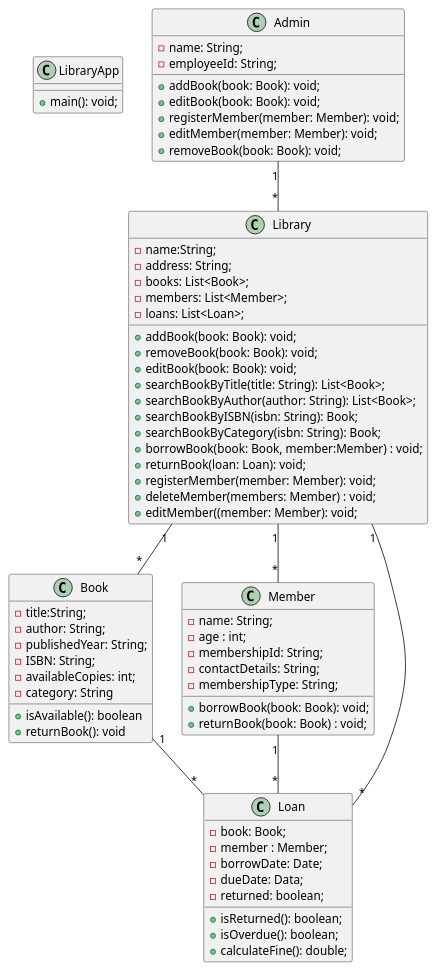
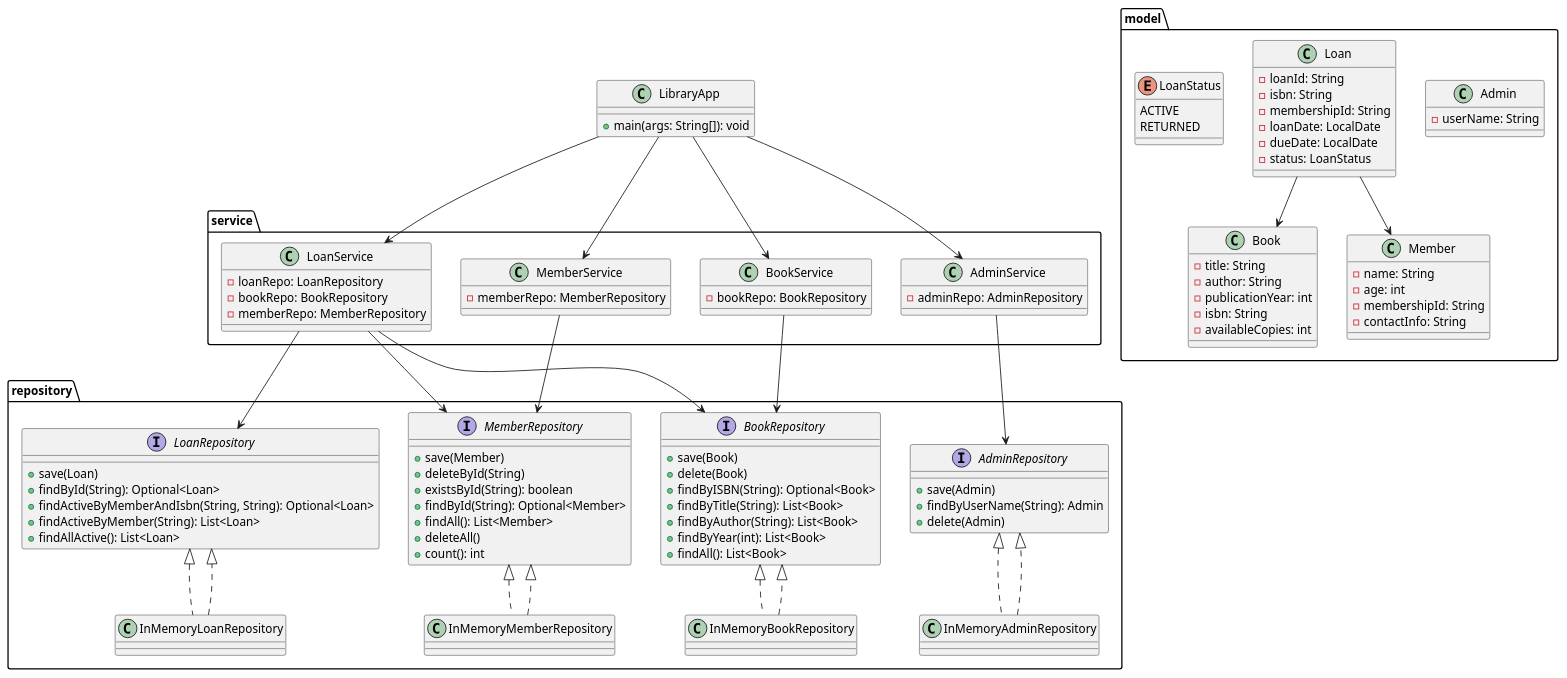
Before and after one commit to Ira-16/Bibliotheeksysteem_GROUP_3: the diagram in src/main/java/com/library/LibraryUML.puml, drawn with PlantUML. The commit also changed 3 other files, not shown here.

```diff
--- a/src/main/java/com/library/LibraryUML.puml
+++ b/src/main/java/com/library/LibraryUML.puml
@@ -1,92 +1,126 @@
 @startuml
 'https://plantuml.com/class-diagram
 
-class LibraryApp{
-    + main(): void;
+package model {
+    class Admin {
+        - userName: String
+    }
+
+    class Book {
+        - title: String
+        - author: String
+        - publicationYear: int
+        - isbn: String
+        - availableCopies: int
+    }
+
+    class Member {
+        - name: String
+        - age: int
+        - membershipId: String
+        - contactInfo: String
+    }
+
+    class Loan {
+        - loanId: String
+        - isbn: String
+        - membershipId: String
+        - loanDate: LocalDate
+        - dueDate: LocalDate
+        - status: LoanStatus
+    }
+
+    enum LoanStatus {
+        ACTIVE
+        RETURNED
+    }
 }
 
-class Library
-{
-    - name:String;
-    - address: String;
-    - books: List<Book>;
-    - members: List<Member>;
-    - loans: List<Loan>;
+package repository {
+    interface AdminRepository {
+        + save(Admin)
+        + findByUserName(String): Admin
+        + delete(Admin)
+    }
 
-    + addBook(book: Book): void;
-    + removeBook(book: Book): void;
-    + editBook(book: Book): void;
-    + searchBookByTitle(title: String): List<Book>;
-    + searchBookByAuthor(author: String): List<Book>;
-    + searchBookByISBN(isbn: String): Book;
-    + searchBookByCategory(isbn: String): Book;
-    + borrowBook(book: Book, member:Member) : void;
-    + returnBook(loan: Loan): void;
-    + registerMember(member: Member): void;
-    + deleteMember(members: Member) : void;
-    + editMember((member: Member): void;
+    interface BookRepository {
+        + save(Book)
+        + delete(Book)
+        + findByISBN(String): Optional<Book>
+        + findByTitle(String): List<Book>
+        + findByAuthor(String): List<Book>
+        + findByYear(int): List<Book>
+        + findAll(): List<Book>
+    }
+
+    interface MemberRepository {
+        + save(Member)
+        + deleteById(String)
+        + existsById(String): boolean
+        + findById(String): Optional<Member>
+        + findAll(): List<Member>
+        + deleteAll()
+        + count(): int
+    }
+
+    interface LoanRepository {
+        + save(Loan)
+        + findById(String): Optional<Loan>
+        + findActiveByMemberAndIsbn(String, String): Optional<Loan>
+        + findActiveByMember(String): List<Loan>
+        + findAllActive(): List<Loan>
+    }
+
+    class InMemoryAdminRepository implements AdminRepository
+    class InMemoryBookRepository implements BookRepository
+    class InMemoryMemberRepository implements MemberRepository
+    class InMemoryLoanRepository implements LoanRepository
 }
 
-class Book {
-    - title:String;
-    - author: String;
-    - publishedYear: String;
-    - ISBN: String;
-    - availableCopies: int;
-    - category: String
+package service {
+    class AdminService {
+        - adminRepo: AdminRepository
+    }
 
-    + isAvailable(): boolean
-    + returnBook(): void
+    class BookService {
+        - bookRepo: BookRepository
+    }
 
+    class MemberService {
+        - memberRepo: MemberRepository
+    }
+
+    class LoanService {
+        - loanRepo: LoanRepository
+        - bookRepo: BookRepository
+        - memberRepo: MemberRepository
+    }
 }
 
-class Member {
-    - name: String;
-    - age : int;
-    - membershipId: String;
-    - contactDetails: String;
-    - membershipType: String;
-
-    + borrowBook(book: Book): void;
-    + returnBook(book: Book) : void;
+class LibraryApp {
+    + main(args: String[]): void
 }
 
+' Relationships
+LibraryApp --> AdminService
+LibraryApp --> BookService
+LibraryApp --> MemberService
+LibraryApp --> LoanService
 
-class Loan {
-    - book: Book;
-    - member : Member;
-    - borrowDate: Date;
-    - dueDate: Data;
-    - returned: boolean;
+Loan --> Book
+Loan --> Member
 
-    + isReturned(): boolean;
-    + isOverdue(): boolean;
-    + calculateFine(): double;
-}
+AdminService --> AdminRepository
+BookService --> BookRepository
+MemberService --> MemberRepository
+LoanService --> LoanRepository
+LoanService --> BookRepository
+LoanService --> MemberRepository
 
-
-class Admin {
-    - name: String;
-    - employeeId: String;
-
-    + addBook(book: Book): void;
-    + editBook(book: Book): void;
-    + registerMember(member: Member): void;
-    + editMember(member: Member): void;
-     + removeBook(book: Book): void;
-}
-
-
-
-
-' === Relationships ===
-Library "1" -- "*" Book
-Library "1" -- "*" Member
-Library "1" -- "*" Loan
-Member "1" -- "*" Loan
-Book "1" -- "*" Loan
-Admin "1" -- "*" Library
-
+InMemoryAdminRepository ..|> AdminRepository
+InMemoryBookRepository ..|> BookRepository
+InMemoryMemberRepository ..|> MemberRepository
+InMemoryLoanRepository ..|> LoanRepository
 
 
 @enduml
```
